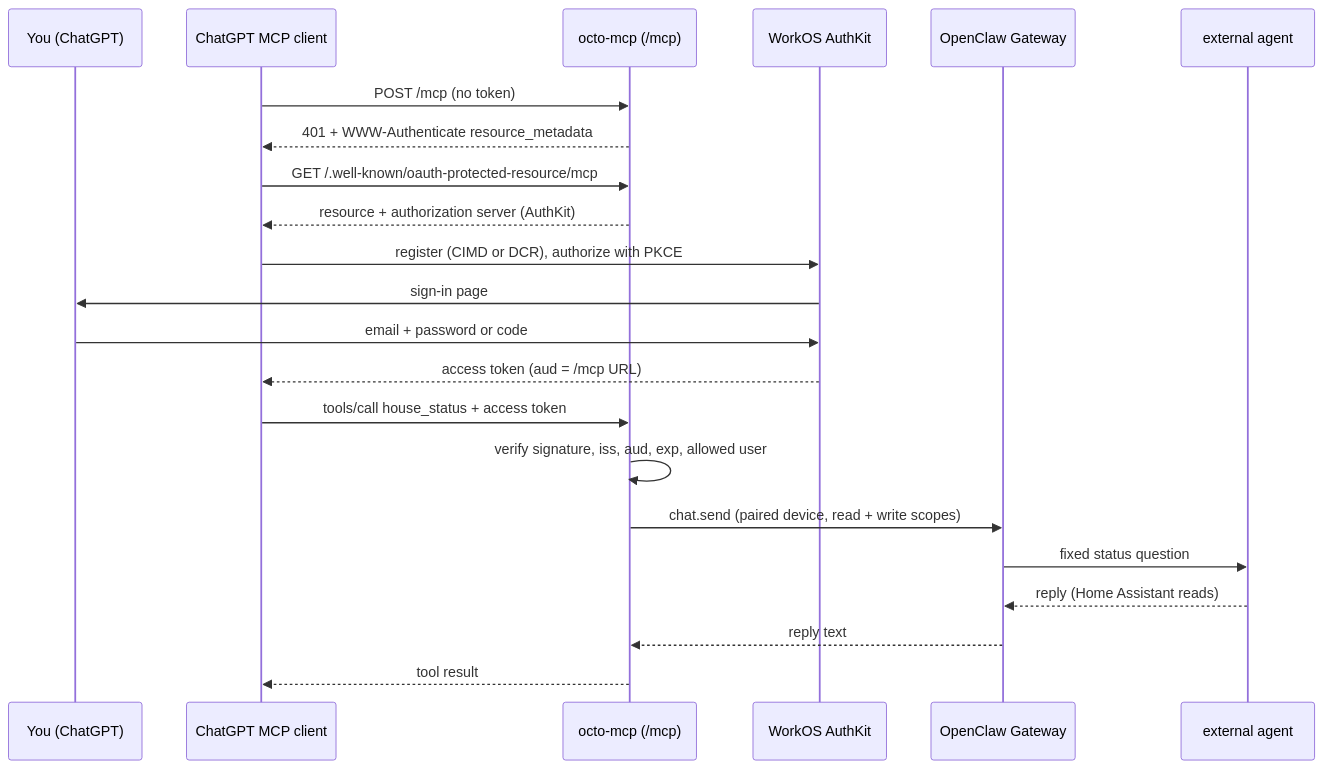
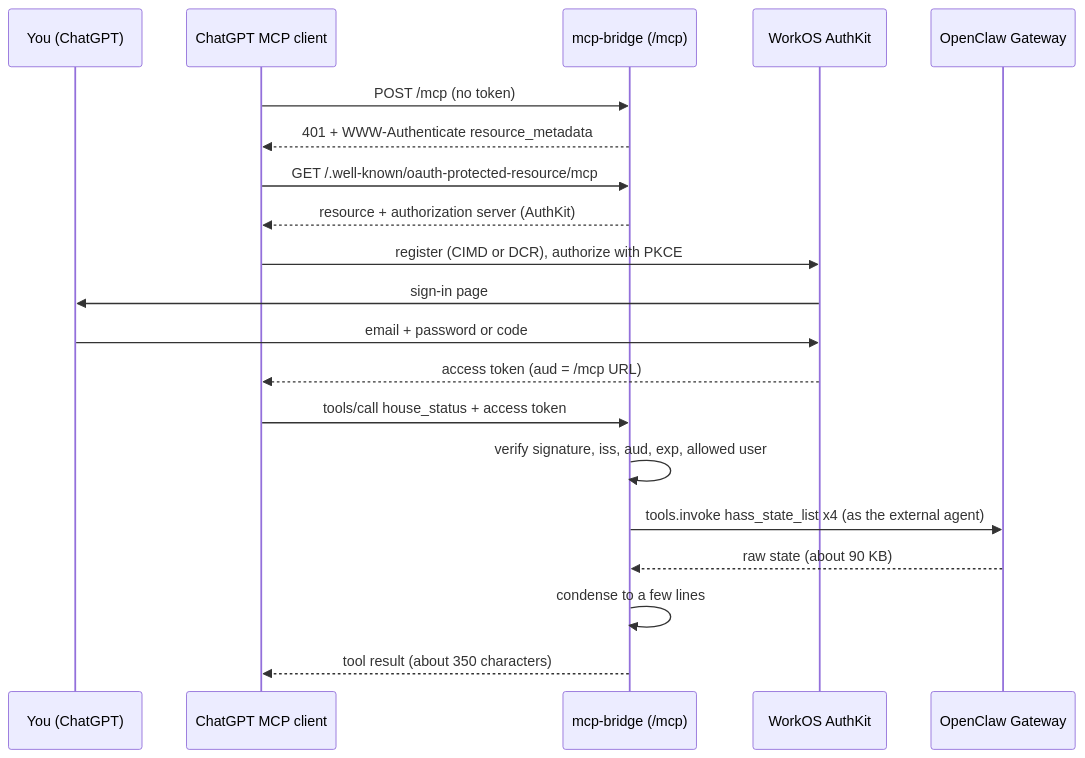
Before and after one commit to JeffSteinbok/octo-docs: the diagram in docs/mcp.md, drawn with Mermaid. The commit also changed other lines of this file and 8 other files, not shown here.

````diff
--- a/docs/mcp.md
+++ b/docs/mcp.md
@@ -16,24 +22,22 @@
 ```mermaid
 sequenceDiagram
     participant U as You (ChatGPT)
     participant C as ChatGPT MCP client
-    participant M as octo-mcp (/mcp)
+    participant M as mcp-bridge (/mcp)
     participant W as WorkOS AuthKit
     participant G as OpenClaw Gateway
-    participant A as external agent
     C->>M: POST /mcp (no token)
     M-->>C: 401 + WWW-Authenticate resource_metadata
     C->>M: GET /.well-known/oauth-protected-resource/mcp
     M-->>C: resource + authorization server (AuthKit)
     C->>W: register (CIMD or DCR), authorize with PKCE
     W->>U: sign-in page
     U->>W: email + password or code
     W-->>C: access token (aud = /mcp URL)
     C->>M: tools/call house_status + access token
     M->>M: verify signature, iss, aud, exp, allowed user
-    M->>G: chat.send (paired device, read + write scopes)
-    G->>A: fixed status question
-    A-->>G: reply (Home Assistant reads)
-    G-->>M: reply text
-    M-->>C: tool result
+    M->>G: tools.invoke hass_state_list x4 (as the external agent)
+    G-->>M: raw state (about 90 KB)
+    M->>M: condense to a few lines
+    M-->>C: tool result (about 350 characters)
 ```
````
